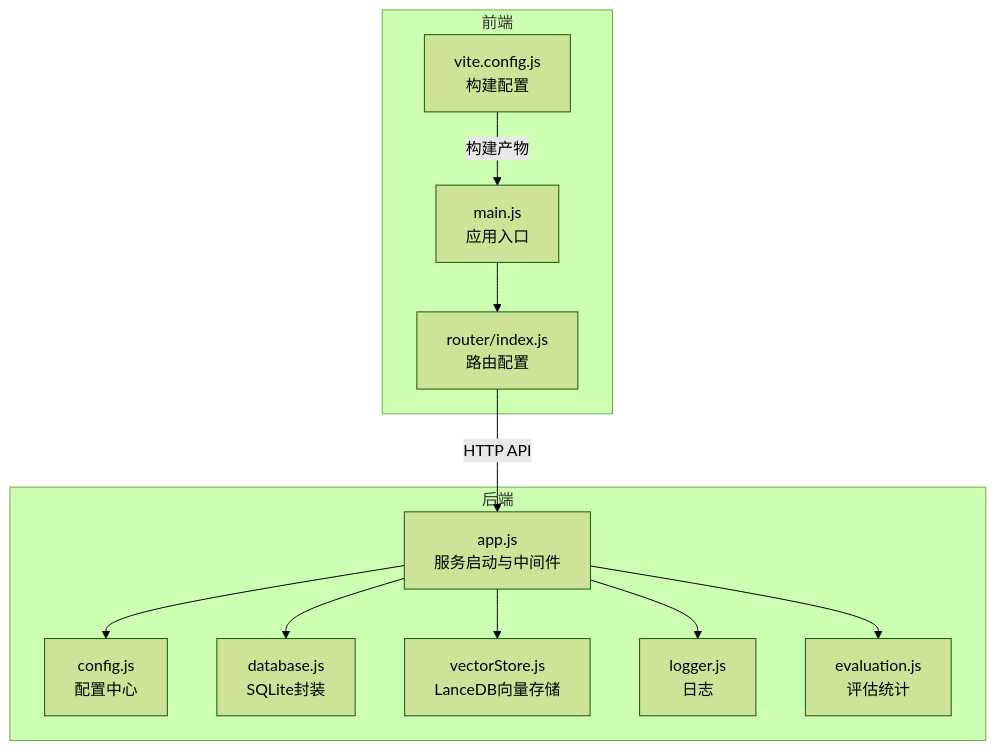
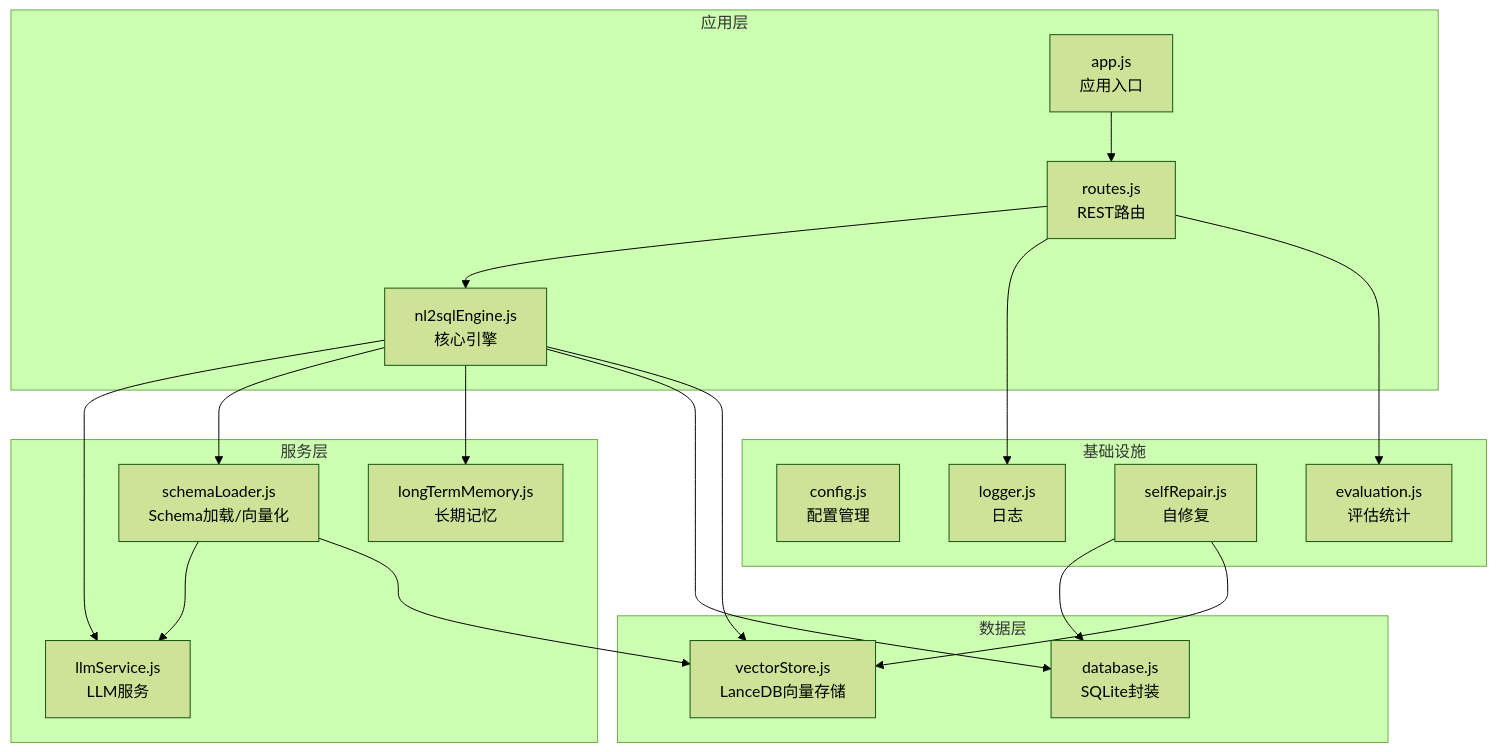
The first of 6 diagrams in NL2SQL/.qoder/repowiki/zh/content/部署与运维/性能调优.md (HanHuiOnLine/724-office), drawn with Mermaid (forest theme) before and after one commit. The commit also changed other lines of this file and 207 other files, not shown here.

````diff
--- a/NL2SQL/.qoder/repowiki/zh/content/部署与运维/性能调优.md
+++ b/NL2SQL/.qoder/repowiki/zh/content/部署与运维/性能调优.md
@@ -40,24 +50,36 @@
 ```mermaid
 graph TB
-subgraph "前端"
-FE_Main["main.js<br/>应用入口"]
-FE_Router["router/index.js<br/>路由配置"]
-FE_Vite["vite.config.js<br/>构建配置"]
+subgraph "应用层"
+APP["app.js<br/>应用入口"]
+ROUTES["routes.js<br/>REST路由"]
+ENGINE["nl2sqlEngine.js<br/>核心引擎"]
 end
-subgraph "后端"
-BE_App["app.js<br/>服务启动与中间件"]
-BE_Config["config.js<br/>配置中心"]
-BE_DB["database.js<br/>SQLite封装"]
-BE_Vector["vectorStore.js<br/>LanceDB向量存储"]
-BE_Logger["logger.js<br/>日志"]
-BE_Eval["evaluation.js<br/>评估统计"]
+subgraph "服务层"
+LLM["llmService.js<br/>LLM服务"]
+SEMANTIC["schemaLoader.js<br/>Schema加载/向量化"]
+MEMORY["longTermMemory.js<br/>长期记忆"]
 end
-FE_Main --> FE_Router
-FE_Vite --> |"构建产物"| FE_Main
-FE_Router --> |"HTTP API"| BE_App
-BE_App --> BE_Config
-BE_App --> BE_DB
-BE_App --> BE_Vector
-BE_App --> BE_Logger
-BE_App --> BE_Eval
+subgraph "数据层"
+SQLITE["database.js<br/>SQLite封装"]
+VDB["vectorStore.js<br/>LanceDB向量存储"]
+end
+subgraph "基础设施"
+CFG["config.js<br/>配置管理"]
+LOG["logger.js<br/>日志"]
+SELF["selfRepair.js<br/>自修复"]
+EVAL["evaluation.js<br/>评估统计"]
+end
+APP --> ROUTES
+ROUTES --> ENGINE
+ENGINE --> LLM
+ENGINE --> SEMANTIC
+ENGINE --> MEMORY
+ENGINE --> SQLITE
+ENGINE --> VDB
+ROUTES --> LOG
+ROUTES --> EVAL
+SELF --> SQLITE
+SELF --> VDB
+SEMANTIC --> LLM
+SEMANTIC --> VDB
 ```
````
